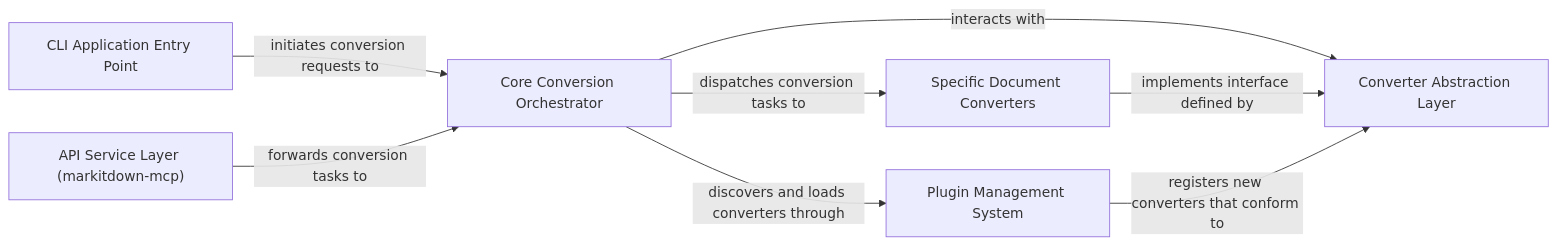
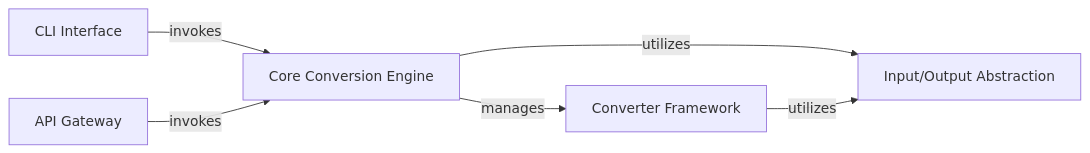
The diagram in markitdown/on_boarding.md (CodeBoarding/GeneratedOnBoardings), drawn with Mermaid before and after one commit. The commit also changed other lines of this file and 2 other files, not shown here.

Commit message:
Uploading onboarding materials for markitdown

````diff
--- a/markitdown/on_boarding.md
+++ b/markitdown/on_boarding.md
@@ -1,16 +1,15 @@
 ```mermaid
 graph LR
-    CLI_Application_Entry_Point["CLI Application Entry Point"]
-    API_Service_Layer_markitdown_mcp_["API Service Layer (markitdown-mcp)"]
-    Core_Conversion_Orchestrator["Core Conversion Orchestrator"]
-    Converter_Abstraction_Layer["Converter Abstraction Layer"]
-    Specific_Document_Converters["Specific Document Converters"]
-    Plugin_Management_System["Plugin Management System"]
-    CLI_Application_Entry_Point -- "initiates conversion requests to" --> Core_Conversion_Orchestrator
-    API_Service_Layer_markitdown_mcp_ -- "forwards conversion tasks to" --> Core_Conversion_Orchestrator
-    Core_Conversion_Orchestrator -- "interacts with" --> Converter_Abstraction_Layer
-    Core_Conversion_Orchestrator -- "dispatches conversion tasks to" --> Specific_Document_Converters
-    Core_Conversion_Orchestrator -- "discovers and loads converters through" --> Plugin_Management_System
-    Specific_Document_Converters -- "implements interface defined by" --> Converter_Abstraction_Layer
-    Plugin_Management_System -- "registers new converters that conform to" --> Converter_Abstraction_Layer
+    Core_Conversion_Engine["Core Conversion Engine"]
+    Converter_Framework["Converter Framework"]
+    Input_Output_Abstraction["Input/Output Abstraction"]
+    CLI_Interface["CLI Interface"]
+    API_Gateway["API Gateway"]
+    Core_Conversion_Engine -- "manages" --> Converter_Framework
+    Core_Conversion_Engine -- "utilizes" --> Input_Output_Abstraction
+    Converter_Framework -- "utilizes" --> Input_Output_Abstraction
+    CLI_Interface -- "invokes" --> Core_Conversion_Engine
+    API_Gateway -- "invokes" --> Core_Conversion_Engine
+    click Core_Conversion_Engine href "https://github.com/CodeBoarding/GeneratedOnBoardings/blob/main/markitdown/Core_Conversion_Engine.md" "Details"
+    click Converter_Framework href "https://github.com/CodeBoarding/GeneratedOnBoardings/blob/main/markitdown/Converter_Framework.md" "Details"
 ```
````
